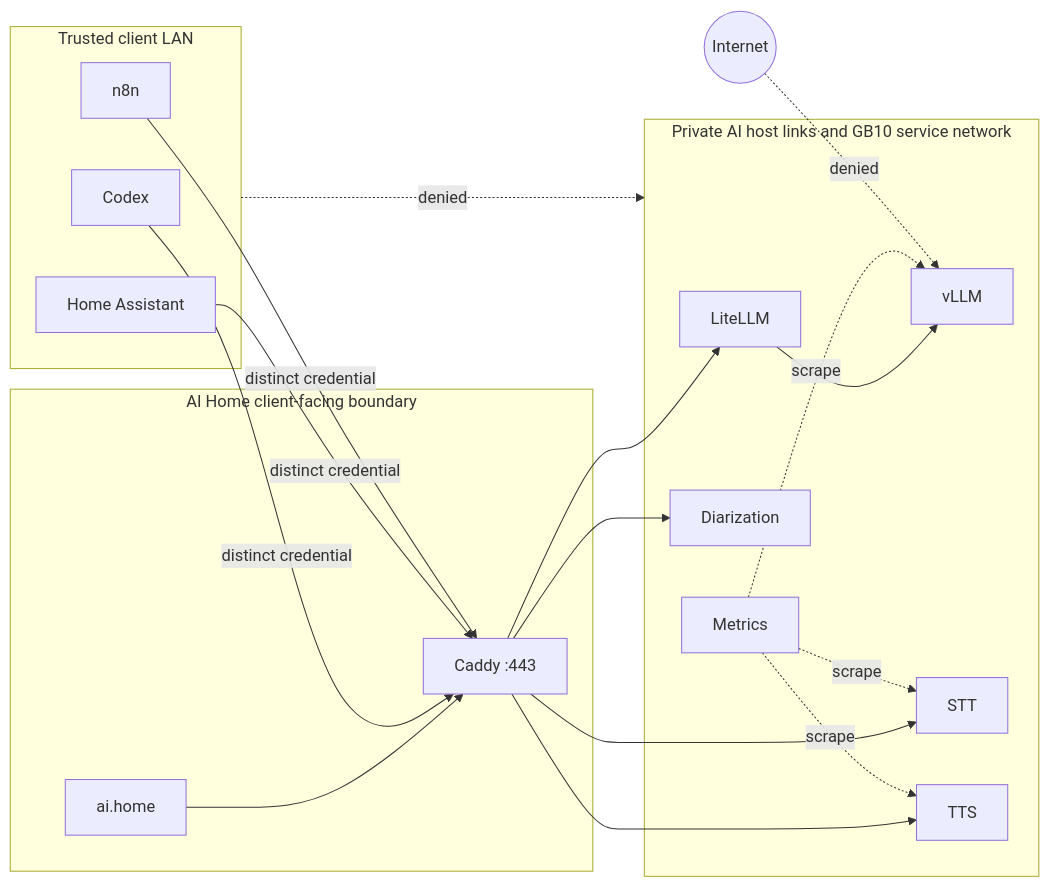
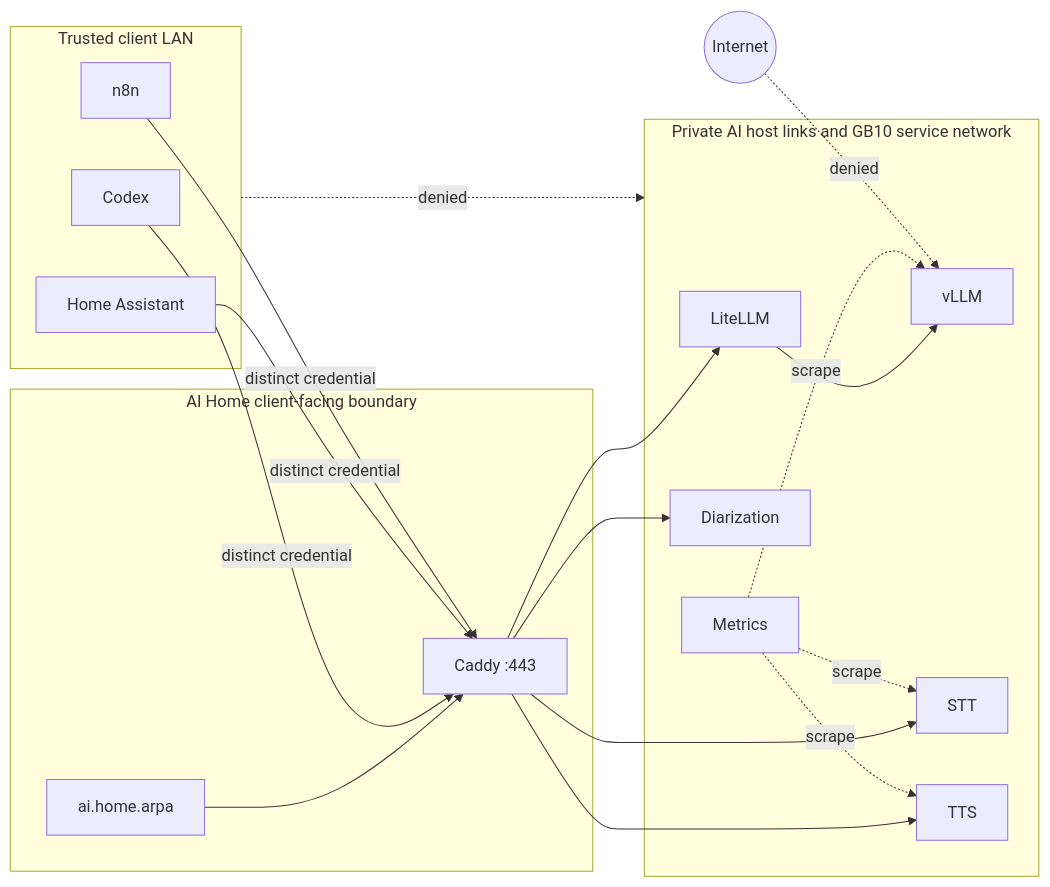
One commit to madslundt/HomeCompute changed the fifth of 14 diagrams in docs/architecture.md. Above: the diagram before and after it, drawn with Mermaid. The commit also changed other lines of this file and 89 other files, not shown here.

````diff
--- a/docs/architecture.md
+++ b/docs/architecture.md
@@ -204,38 +218,38 @@
 ```mermaid
 flowchart LR
     subgraph Clients[Trusted client LAN]
         Codex
         HA[Home Assistant]
         N8N[n8n]
     end
 
     subgraph PublicBoundary[AI Home client-facing boundary]
-        DNS[ai.home]
+        DNS[ai.home.arpa]
         Edge[Caddy :443]
         DNS --> Edge
     end
 
     subgraph PrivateServices[Private AI host links and GB10 service network]
         Router[LiteLLM]
         Text[vLLM]
         STT
         TTS
         Diar[Diarization]
         Metrics
     end
 
     Codex -->|distinct credential| Edge
     HA -->|distinct credential| Edge
     N8N -->|distinct credential| Edge
     Edge --> Router
     Router --> Text
     Edge --> STT
     Edge --> TTS
     Edge --> Diar
     Metrics -. scrape .-> Text
     Metrics -. scrape .-> STT
     Metrics -. scrape .-> TTS
 
     Internet((Internet)) -. denied .-> Text
     Clients -. denied .-> PrivateServices
 ```
````
